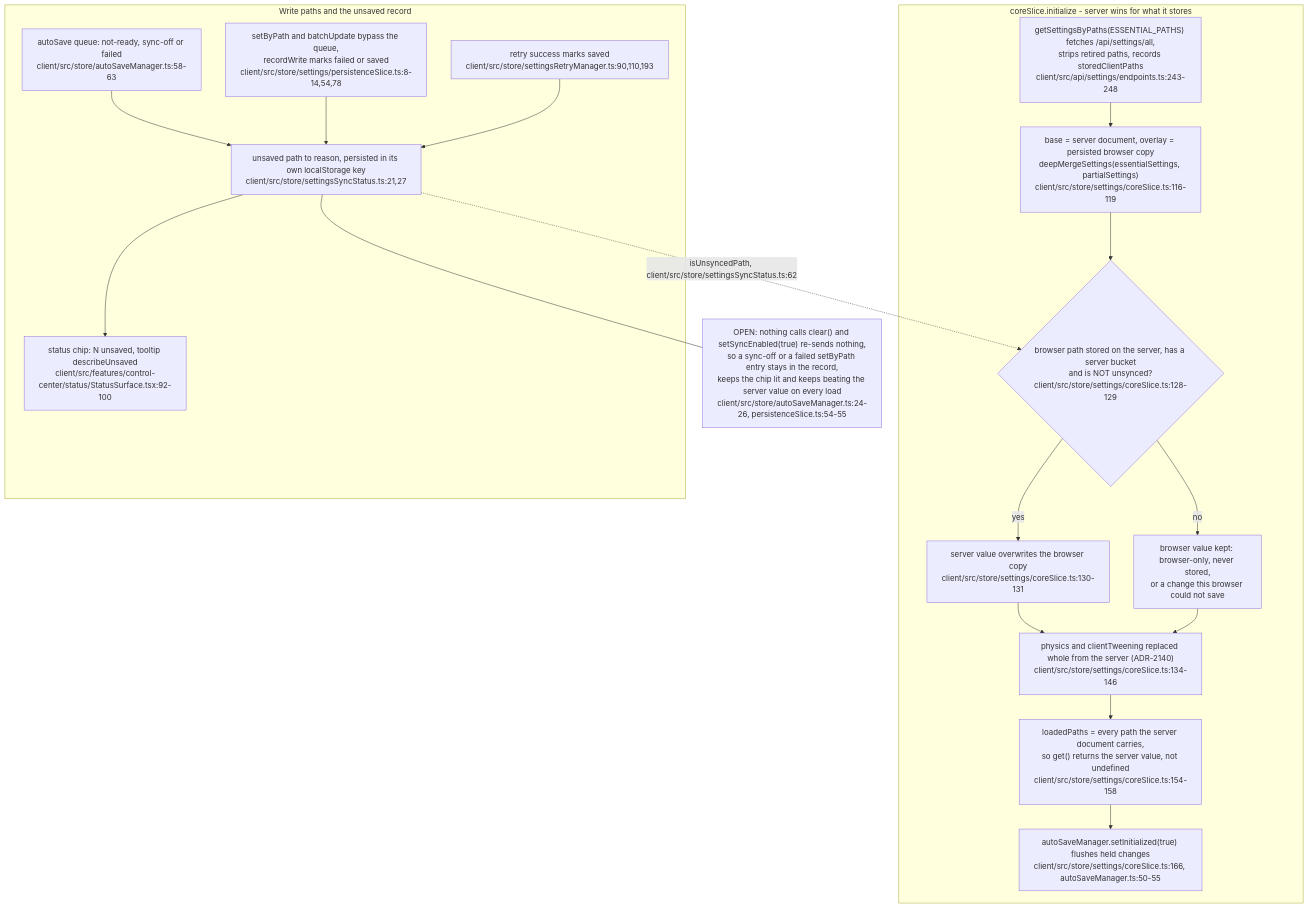
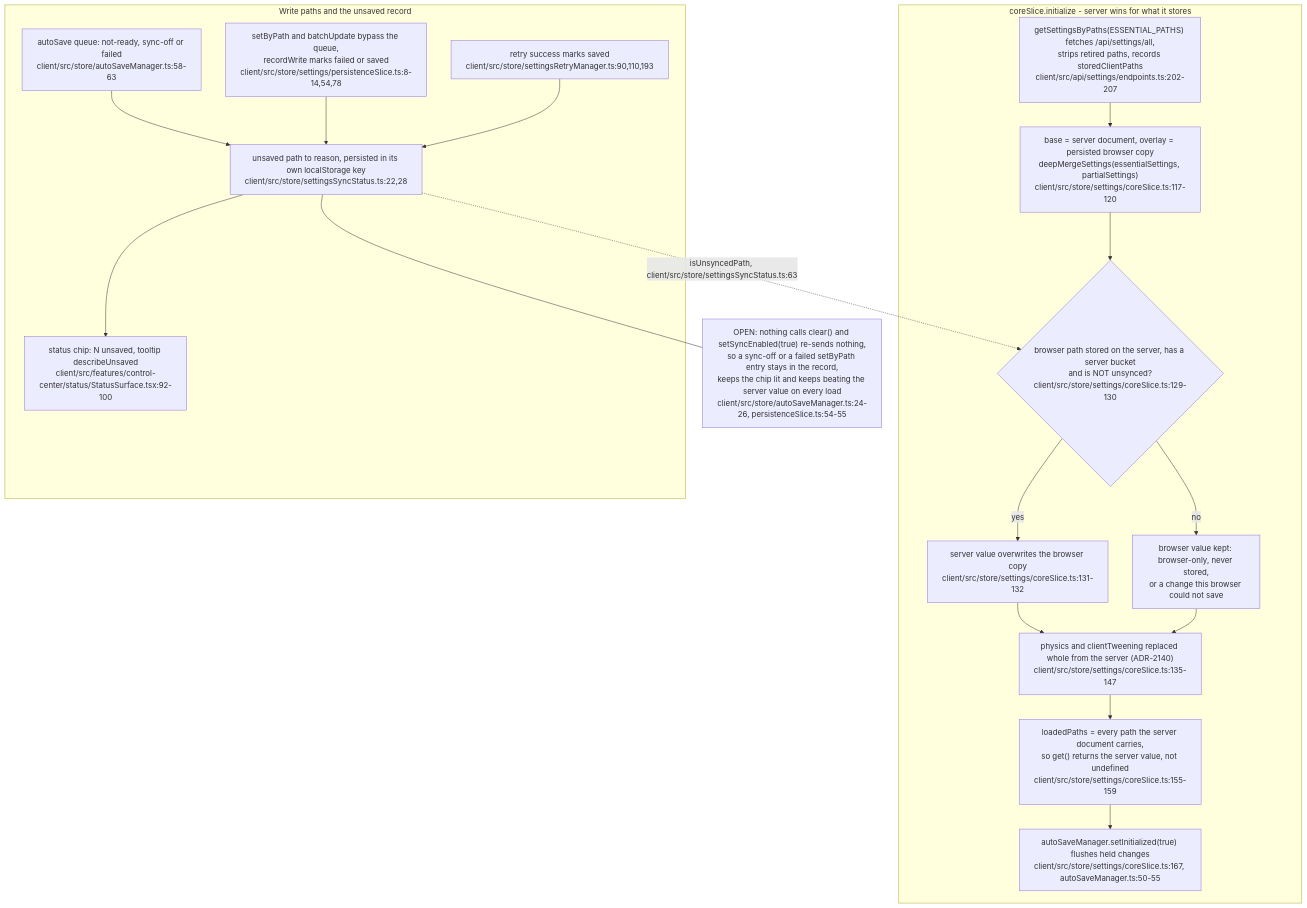
Before and after one commit to DreamLab-AI/VisionFlow: diagram 13 of 13 in docs/diagrams/visionclaw/30-client-boot-and-state.md, drawn with Mermaid. The commit also changed other lines of this file and 81 other files, not shown here.

First line of the commit message:
docs(diagrams): roll VisionClaw topics to main 010e1109b (PR 37 and 38 merged); fix remaining prose citations

````diff
--- a/docs/diagrams/visionclaw/30-client-boot-and-state.md
+++ b/docs/diagrams/visionclaw/30-client-boot-and-state.md
@@ -876,31 +876,31 @@
 ```mermaid
 flowchart TB
     subgraph Load["coreSlice.initialize - server wins for what it stores"]
-        GET["getSettingsByPaths(ESSENTIAL_PATHS) fetches /api/settings/all,<br/>strips retired paths, records storedClientPaths<br/>client/src/api/settings/endpoints.ts:243-248"]
-        Base["base = server document, overlay = persisted browser copy<br/>deepMergeSettings(essentialSettings, partialSettings)<br/>client/src/store/settings/coreSlice.ts:116-119"]
-        Win{"browser path stored on the server, has a server bucket<br/>and is NOT unsynced?<br/>client/src/store/settings/coreSlice.ts:128-129"}
-        SrvVal["server value overwrites the browser copy<br/>client/src/store/settings/coreSlice.ts:130-131"]
+        GET["getSettingsByPaths(ESSENTIAL_PATHS) fetches /api/settings/all,<br/>strips retired paths, records storedClientPaths<br/>client/src/api/settings/endpoints.ts:202-207"]
+        Base["base = server document, overlay = persisted browser copy<br/>deepMergeSettings(essentialSettings, partialSettings)<br/>client/src/store/settings/coreSlice.ts:117-120"]
+        Win{"browser path stored on the server, has a server bucket<br/>and is NOT unsynced?<br/>client/src/store/settings/coreSlice.ts:129-130"}
+        SrvVal["server value overwrites the browser copy<br/>client/src/store/settings/coreSlice.ts:131-132"]
         Keep["browser value kept: browser-only, never stored,<br/>or a change this browser could not save"]
-        Phys["physics and clientTweening replaced whole from the server (ADR-2140)<br/>client/src/store/settings/coreSlice.ts:134-146"]
-        Loaded["loadedPaths = every path the server document carries,<br/>so get() returns the server value, not undefined<br/>client/src/store/settings/coreSlice.ts:154-158"]
-        Ready["autoSaveManager.setInitialized(true) flushes held changes<br/>client/src/store/settings/coreSlice.ts:166, autoSaveManager.ts:50-55"]
+        Phys["physics and clientTweening replaced whole from the server (ADR-2140)<br/>client/src/store/settings/coreSlice.ts:135-147"]
+        Loaded["loadedPaths = every path the server document carries,<br/>so get() returns the server value, not undefined<br/>client/src/store/settings/coreSlice.ts:155-159"]
+        Ready["autoSaveManager.setInitialized(true) flushes held changes<br/>client/src/store/settings/coreSlice.ts:167, autoSaveManager.ts:50-55"]
         GET --> Base --> Win
         Win -->|yes| SrvVal --> Phys
         Win -->|no| Keep --> Phys
         Phys --> Loaded --> Ready
     end
     subgraph Write["Write paths and the unsaved record"]
         Auto["autoSave queue: not-ready, sync-off or failed<br/>client/src/store/autoSaveManager.ts:58-63"]
         Direct["setByPath and batchUpdate bypass the queue,<br/>recordWrite marks failed or saved<br/>client/src/store/settings/persistenceSlice.ts:8-14,54,78"]
         Retry["retry success marks saved<br/>client/src/store/settingsRetryManager.ts:90,110,193"]
-        Rec["unsaved path to reason, persisted in its own localStorage key<br/>client/src/store/settingsSyncStatus.ts:21,27"]
+        Rec["unsaved path to reason, persisted in its own localStorage key<br/>client/src/store/settingsSyncStatus.ts:22,28"]
         Chip["status chip: N unsaved, tooltip describeUnsaved<br/>client/src/features/control-center/status/StatusSurface.tsx:92-100"]
         Auto --> Rec
         Direct --> Rec
         Retry --> Rec
         Rec --> Chip
     end
-    Rec -.->|"isUnsyncedPath, client/src/store/settingsSyncStatus.ts:62"| Win
+    Rec -.->|"isUnsyncedPath, client/src/store/settingsSyncStatus.ts:63"| Win
     Note1["OPEN: nothing calls clear() and setSyncEnabled(true) re-sends nothing,<br/>so a sync-off or a failed setByPath entry stays in the record,<br/>keeps the chip lit and keeps beating the server value on every load<br/>client/src/store/autoSaveManager.ts:24-26, persistenceSlice.ts:54-55"]
     Rec --- Note1
 ```
````
